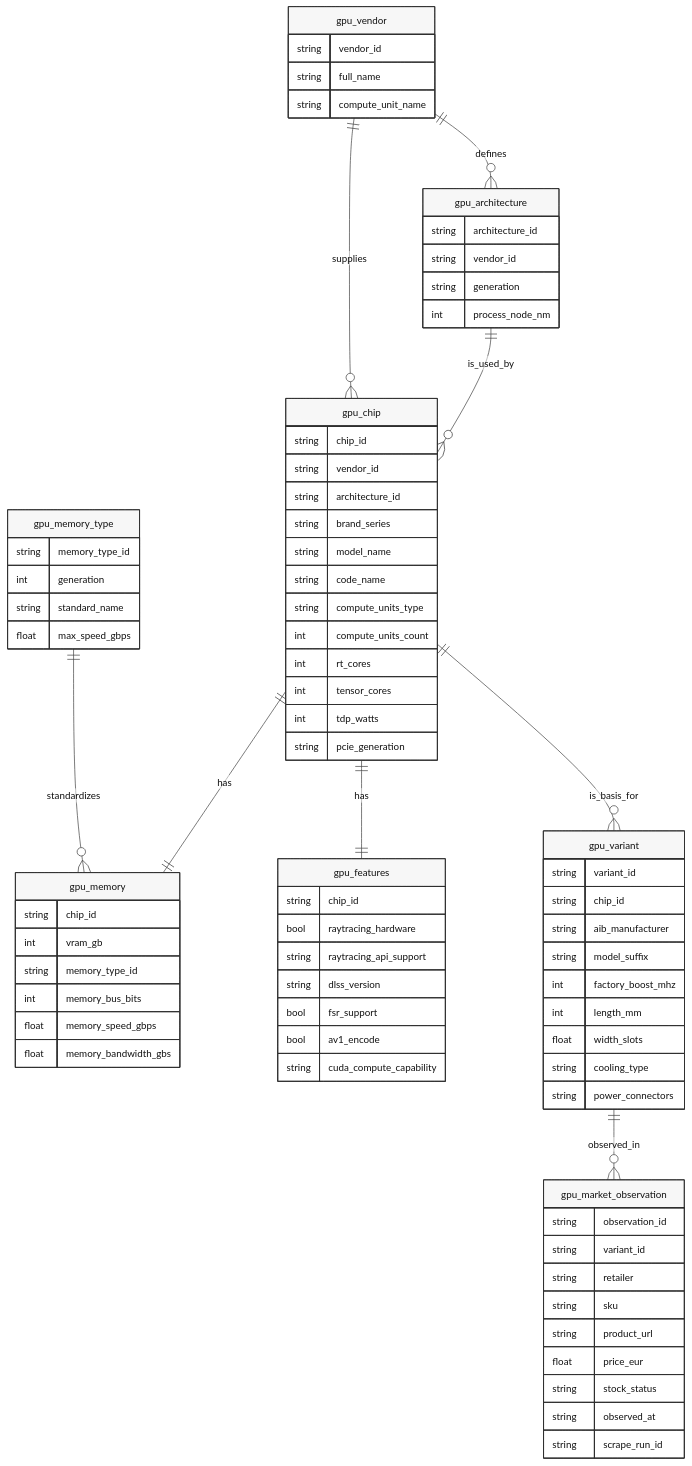
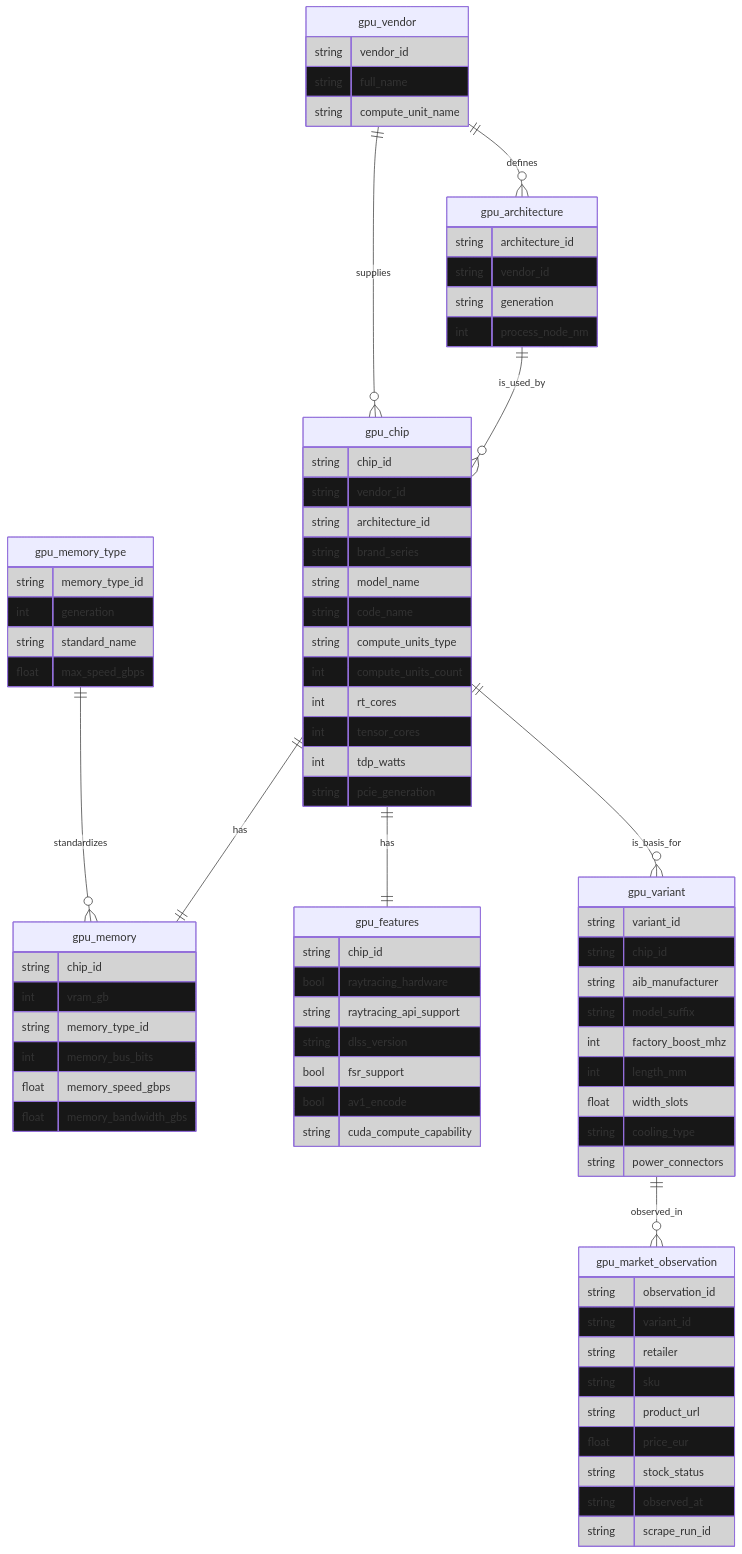
The diagram in domain/gpu/silver.md (edunavata/gpu-bd), drawn with Mermaid before and after one commit.

Commit message:
docs: update mermaid diagram theme to default for improved consistency

````diff
--- a/domain/gpu/silver.md
+++ b/domain/gpu/silver.md
@@ -24,17 +24,13 @@
 ```mermaid
 %%{init: {
-  "theme": "base",
+  "theme": "default",
   "themeVariables": {
-    "background": "#ffffff",
-    "primaryColor": "#f7f7f7",
-    "primaryTextColor": "#111111",
-    "primaryBorderColor": "#2f2f2f",
-    "lineColor": "#444444",
-    "secondaryColor": "#efefef",
-    "tertiaryColor": "#ffffff",
-    "edgeLabelBackground": "#ffffff",
-    "fontFamily": "Verdana, Arial, sans-serif",
-    "fontSize": "14px"
+    "primaryColor": "#141414ff",
+    "primaryTextColor": "#000000",
+    "primaryBorderColor": "#333333",
+    "lineColor": "#333333",
+    "secondaryColor": "#f5f5f5",
+    "tertiaryColor": "#ffffff"
   }
 }}%%
 erDiagram
````
